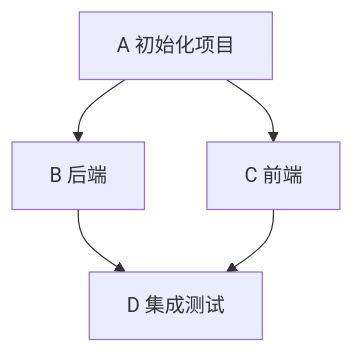
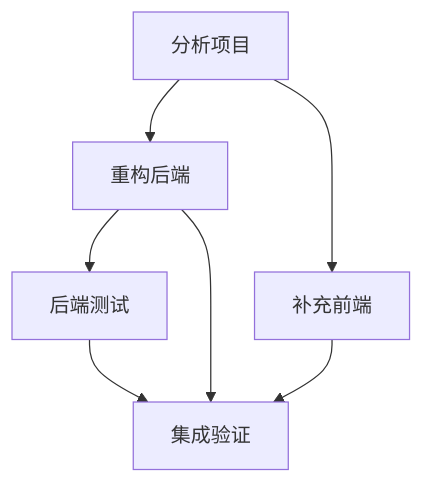
The third of 7 diagrams in README.md (xiaoqianran/QianAgent), drawn with Mermaid before and after one commit. The commit also changed other lines of this file, not shown here.

Commit message:
docs: redesign README around Agent Runtime architecture

````diff
--- a/README.md
+++ b/README.md
@@ -653,12 +187,9 @@
 ```mermaid
 flowchart TD
-    A["A 初始化项目"]
-    B["B 后端"]
-    C["C 前端"]
-    D["D 集成测试"]
-
-    A --> B
-    A --> C
-    B --> D
-    C --> D
+    A[分析项目] --> B[重构后端]
+    A --> C[补充前端]
+    B --> D[后端测试]
+    B --> E[集成验证]
+    C --> E
+    D --> E
 ```
````
